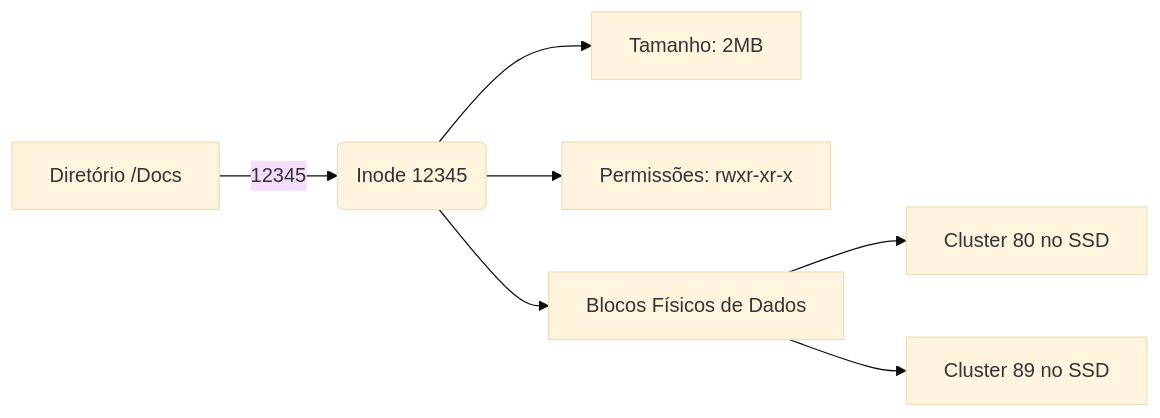
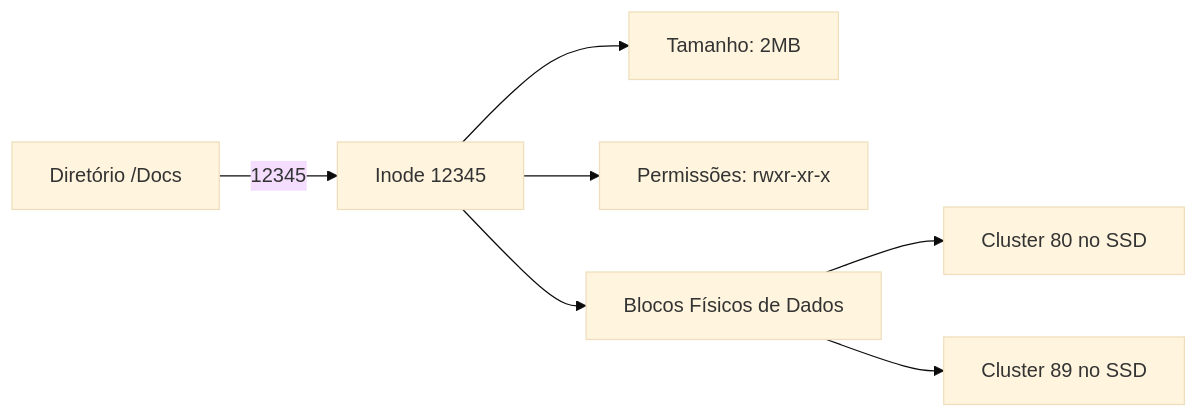
One commit to ricardotecpro/ads_extra_hardware_e_compiladores changed the diagram in docs/slides/slide-14.md. Above: the diagram before and after it, drawn with Mermaid (base theme). The commit also changed other lines of this file and 33 other files, not shown here.

Commit message:
docs: corrige syntax de Mermaid nodes e expande slides p/ base arquitetural minima de 30 frames

````diff
--- a/docs/slides/slide-14.md
+++ b/docs/slides/slide-14.md
@@ -12,9 +12,9 @@
 ```mermaid
 graph LR
-    A[Diretório /Docs] -->|12345| B("Inode 12345")
+    A[Diretório /Docs] -->|12345| B[Inode 12345]
     B --> C[Tamanho: 2MB]
     B --> D[Permissões: rwxr-xr-x]
     B --> E[Blocos Físicos de Dados]
     E --> F[Cluster 80 no SSD]
     E --> G[Cluster 89 no SSD]
 ```
````
